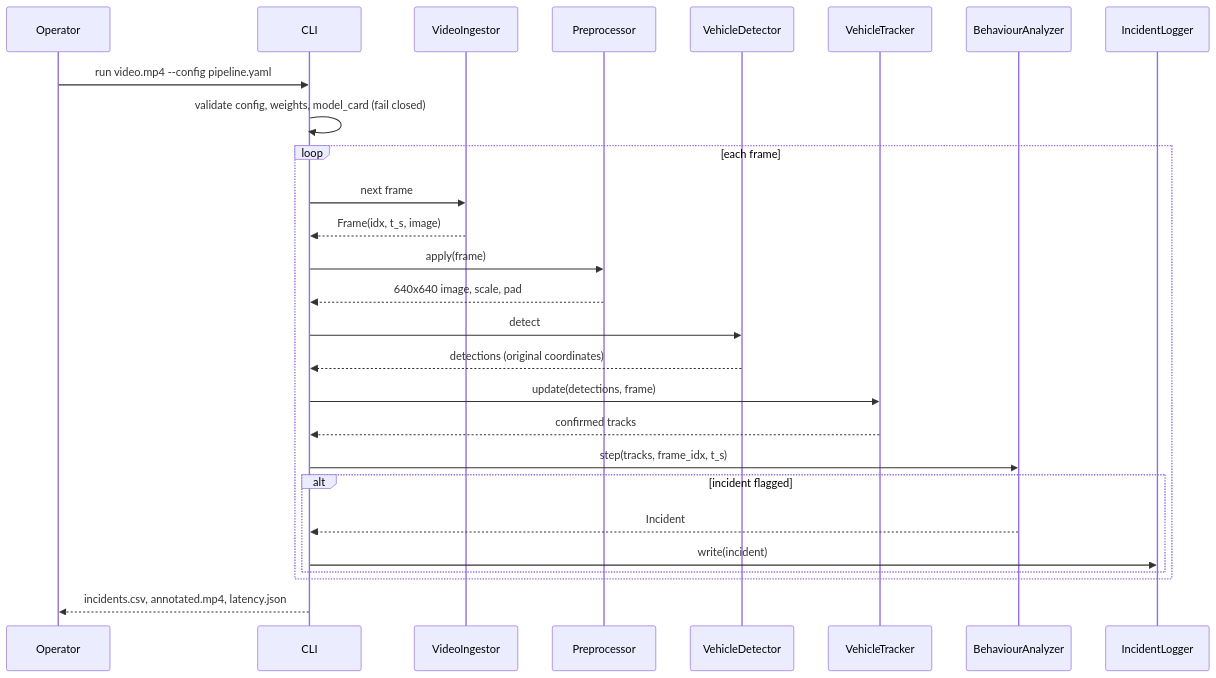
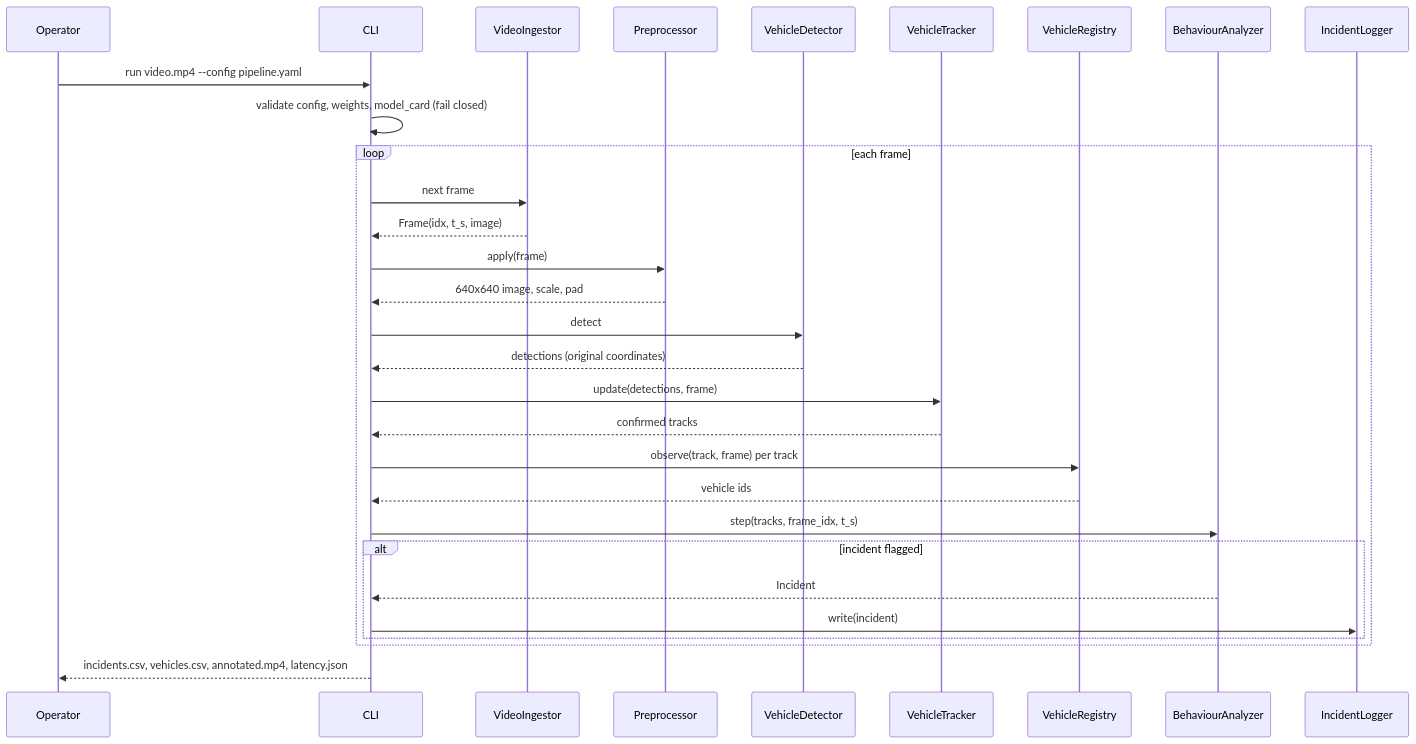
One commit to dilconkihoro/traffic-incident-detection-public changed the third of 4 diagrams in docs/02_ARCHITECTURE_AND_RULES.md. Above: the diagram before and after it, drawn with Mermaid. The commit also changed other lines of this file and 53 other files, not shown here.

````diff
--- a/docs/02_ARCHITECTURE_AND_RULES.md
+++ b/docs/02_ARCHITECTURE_AND_RULES.md
@@ -221,29 +261,32 @@
 ```mermaid
 sequenceDiagram
     participant U as Operator
     participant CLI as CLI
     participant IN as VideoIngestor
     participant PP as Preprocessor
     participant DT as VehicleDetector
     participant TR as VehicleTracker
+    participant VR as VehicleRegistry
     participant BA as BehaviourAnalyzer
     participant LG as IncidentLogger
     U->>CLI: run video.mp4 --config pipeline.yaml
     CLI->>CLI: validate config, weights, model_card (fail closed)
     loop each frame
         CLI->>IN: next frame
         IN-->>CLI: Frame(idx, t_s, image)
         CLI->>PP: apply(frame)
         PP-->>CLI: 640x640 image, scale, pad
         CLI->>DT: detect
         DT-->>CLI: detections (original coordinates)
         CLI->>TR: update(detections, frame)
         TR-->>CLI: confirmed tracks
+        CLI->>VR: observe(track, frame) per track
+        VR-->>CLI: vehicle ids
         CLI->>BA: step(tracks, frame_idx, t_s)
         alt incident flagged
             BA-->>CLI: Incident
             CLI->>LG: write(incident)
         end
     end
-    CLI-->>U: incidents.csv, annotated.mp4, latency.json
+    CLI-->>U: incidents.csv, vehicles.csv, annotated.mp4, latency.json
 ```
````
